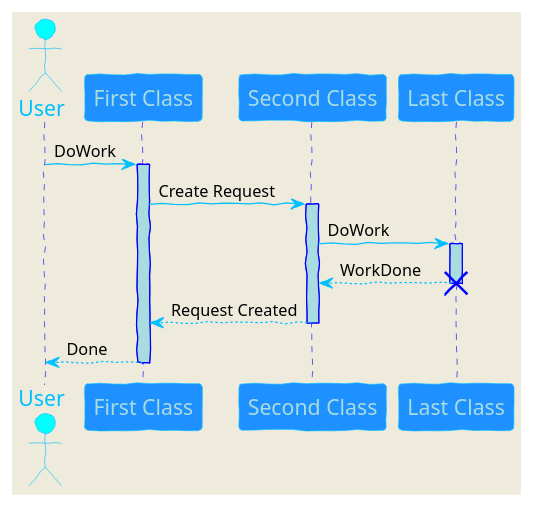
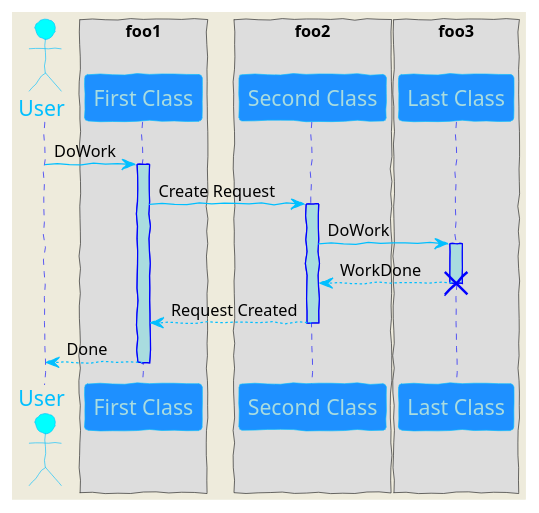
Before and after one commit to liuyehcf/BlogSource: the third of 4 diagrams in _posts/Markdown.md, drawn with PlantUML. The commit also changed other lines of this file and 10 other files, not shown here.

````diff
--- a/_posts/Markdown.md
+++ b/_posts/Markdown.md
@@ -168,44 +174,50 @@
 ```plantuml
 skinparam backgroundColor #EEEBDC
 skinparam handwritten true
 
 skinparam sequence {
 	ArrowColor DeepSkyBlue
 	ActorBorderColor DeepSkyBlue
 	LifeLineBorderColor blue
 	LifeLineBackgroundColor #A9DCDF
 	
 	ParticipantBorderColor DeepSkyBlue
 	ParticipantBackgroundColor DodgerBlue
 	ParticipantFontName Impact
 	ParticipantFontSize 17
 	ParticipantFontColor #A9DCDF
 	
 	ActorBackgroundColor aqua
 	ActorFontColor DeepSkyBlue
 	ActorFontSize 17
 	ActorFontName Aapex
 }
 
 actor User
+box "foo1"
 participant "First Class" as A
+end box
+box "foo2"
 participant "Second Class" as B
+end box
+box "foo3"
 participant "Last Class" as C
+end box
 
 User -> A: DoWork
 activate A
 
 A -> B: Create Request
 activate B
 
 B -> C: DoWork
 activate C
 C --> B: WorkDone
 destroy C
 
 B --> A: Request Created
 deactivate B
 
 A --> User: Done
 deactivate A
 ```
````
